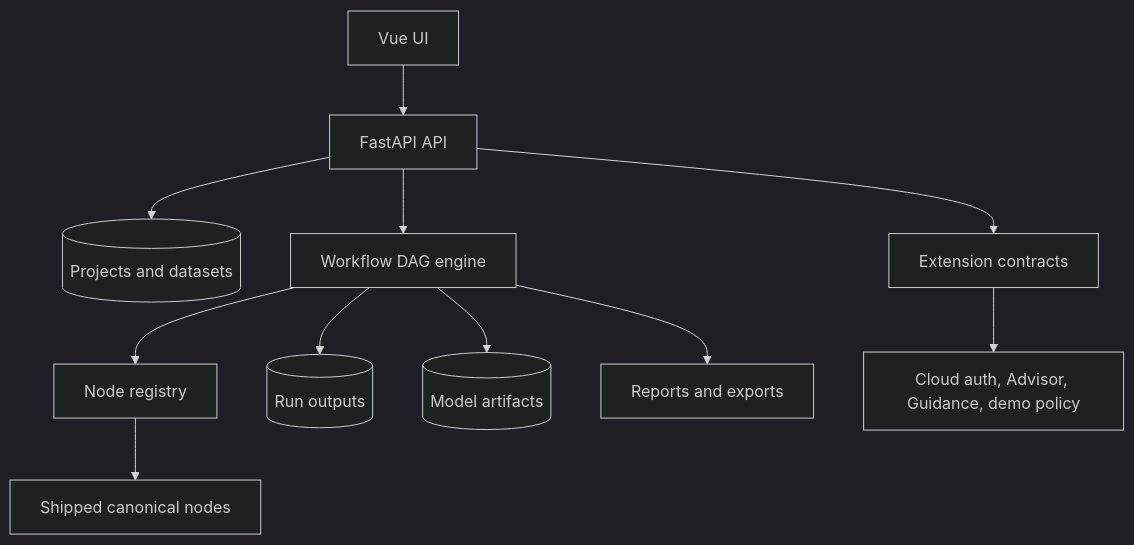
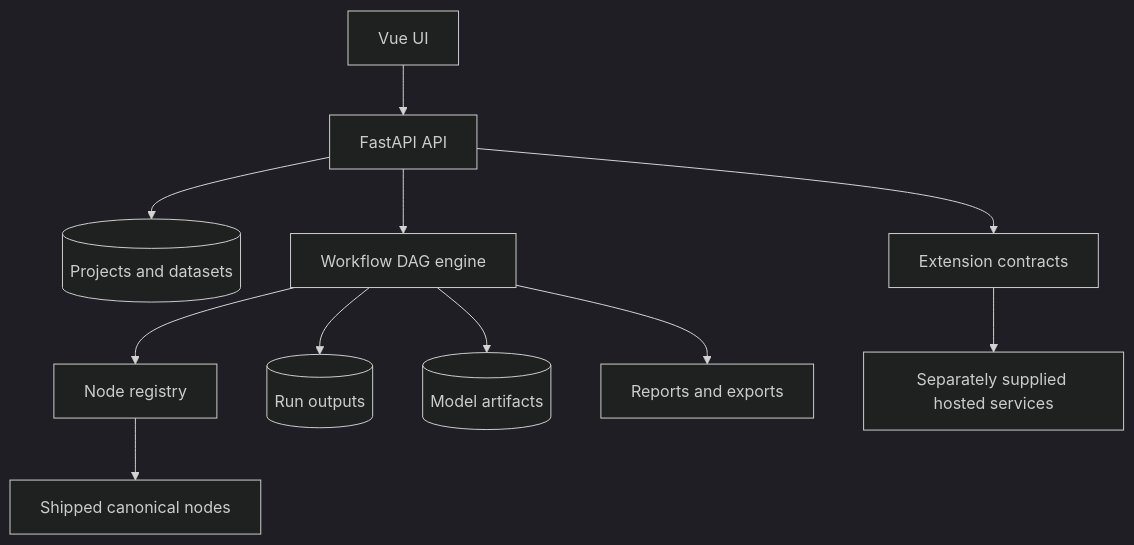
One commit to Spectra-Scientific-LLC/Spectra-Sherpa changed the diagram in docs/architecture/index.md. Above: the diagram before and after it, drawn with Mermaid (dark theme). The commit also changed other lines of this file and 45 other files, not shown here.

````diff
--- a/docs/architecture/index.md
+++ b/docs/architecture/index.md
@@ -16,13 +16,13 @@
 ```mermaid
 flowchart TB
     UI[Vue UI] --> API[FastAPI API]
     API --> DATA[(Projects and datasets)]
     API --> DAG[Workflow DAG engine]
     DAG --> REG[Node registry]
     REG --> NODES[Shipped canonical nodes]
     DAG --> RUNS[(Run outputs)]
     DAG --> MODELS[(Model artifacts)]
     DAG --> EXPORTS[Reports and exports]
     API --> EXT[Extension contracts]
-    EXT --> CLOUD[Cloud auth, Advisor, Guidance, demo policy]
+    EXT --> HOST[Separately supplied hosted services]
 ```
````
